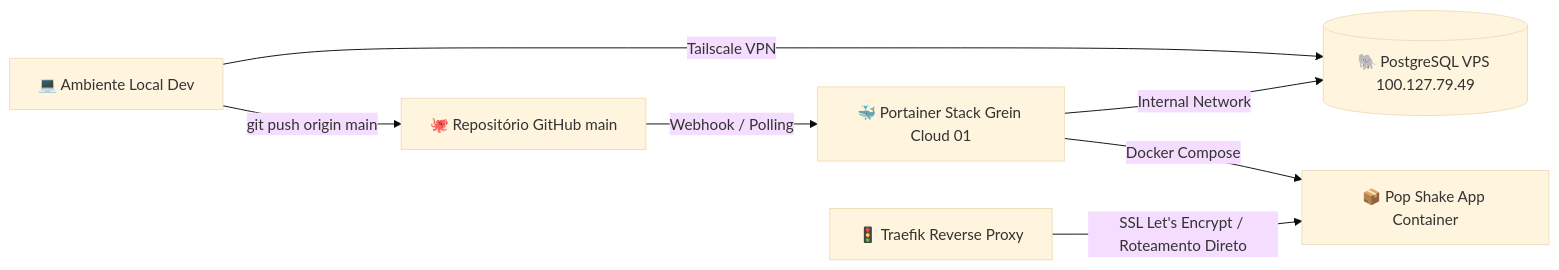
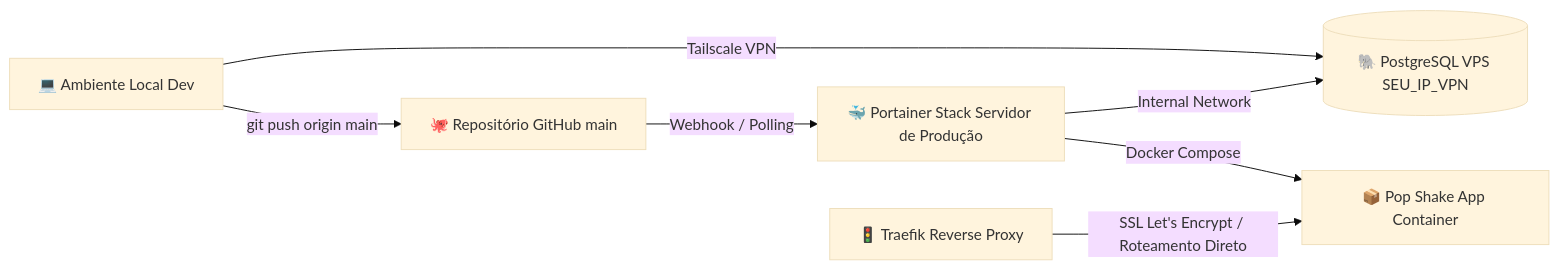
The diagram in GITOPS.md (WiltonGabriel/PopClub), drawn with Mermaid (base theme) before and after one commit. The commit also changed other lines of this file and 57 other files, not shown here.

````diff
--- a/GITOPS.md
+++ b/GITOPS.md
@@ -11,9 +11,9 @@
 ```mermaid
 graph LR
-    Dev[💻 Ambiente Local Dev] -->|Tailscale VPN| RemoteDB[(🐘 PostgreSQL VPS 100.127.79.49)]
+    Dev[💻 Ambiente Local Dev] -->|Tailscale VPN| RemoteDB[(🐘 PostgreSQL VPS SEU_IP_VPN)]
     Dev -->|git push origin main| GitHub[🐙 Repositório GitHub main]
-    GitHub -->|Webhook / Polling| Portainer[🐳 Portainer Stack Grein Cloud 01]
+    GitHub -->|Webhook / Polling| Portainer[🐳 Portainer Stack Servidor de Produção]
     Portainer -->|Docker Compose| App[📦 Pop Shake App Container]
     Portainer -->|Internal Network| RemoteDB
     Traefik[🚦 Traefik Reverse Proxy] -->|SSL Let's Encrypt / Roteamento Direto| App
 ```
````
